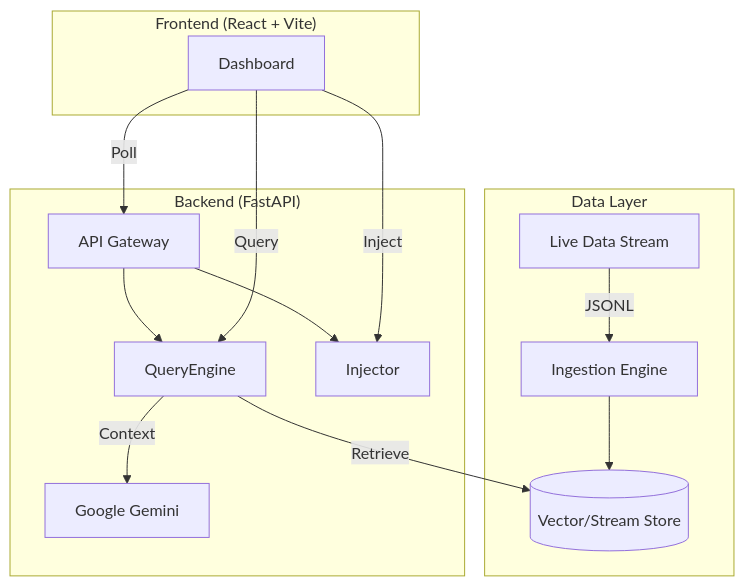
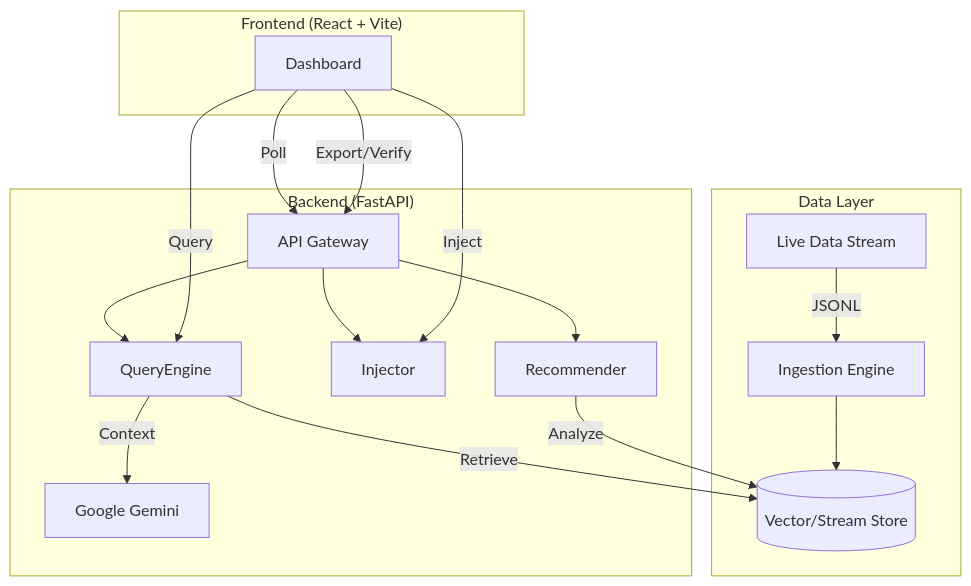
The diagram in README.md (SanskarG-20/SiliconPulse---DataQuest-2026), drawn with Mermaid before and after one commit. The commit also changed other lines of this file, not shown here.

Commit message:
Update README with new features and API reference

````diff
--- a/README.md
+++ b/README.md
@@ -20,20 +23,23 @@
 ```mermaid
 graph TD
     subgraph "Data Layer"
         Stream[Live Data Stream] --> |JSONL| Ingest[Ingestion Engine]
         Ingest --> Storage[(Vector/Stream Store)]
     end
 
     subgraph "Backend (FastAPI)"
         API[API Gateway] --> QueryEngine
         API --> Injector
+        API --> Recommender
         QueryEngine --> |Retrieve| Storage
         QueryEngine --> |Context| LLM[Google Gemini]
+        Recommender --> |Analyze| Storage
     end
 
     subgraph "Frontend (React + Vite)"
         UI[Dashboard] --> |Poll| API
         UI --> |Inject| Injector
         UI --> |Query| QueryEngine
+        UI --> |Export/Verify| API
     end
 ```
````
